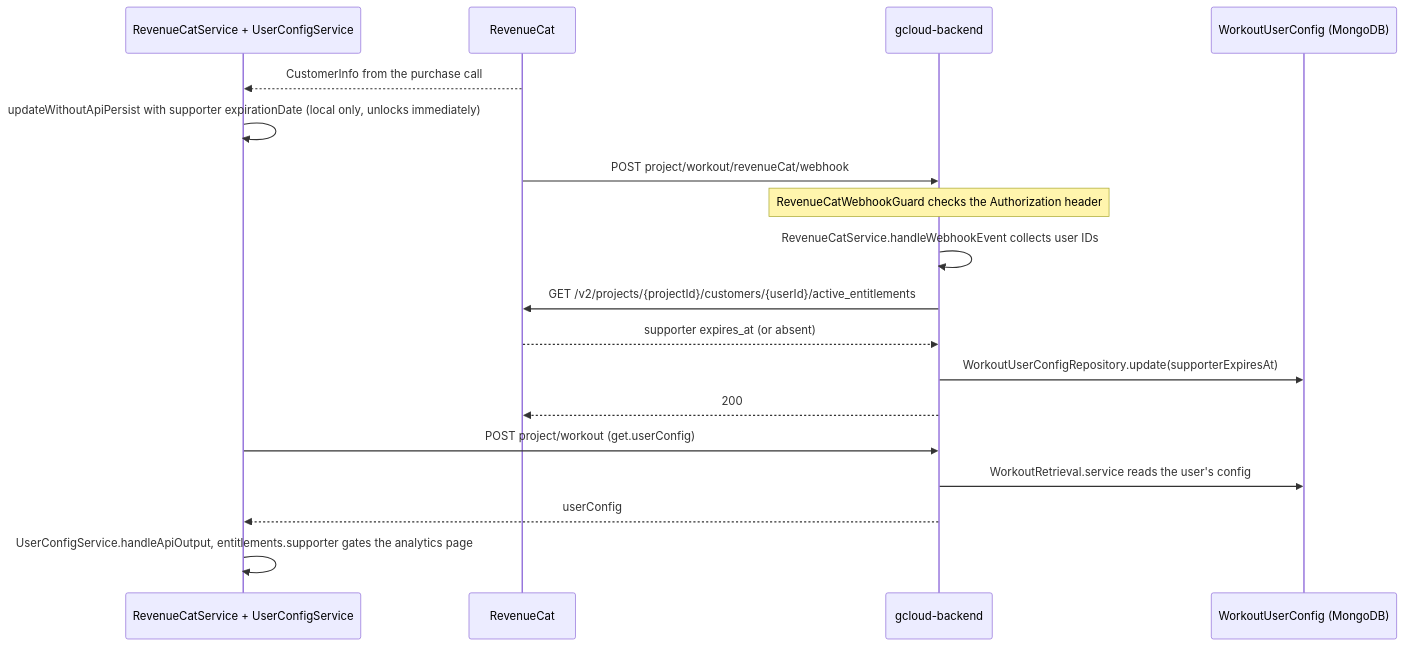
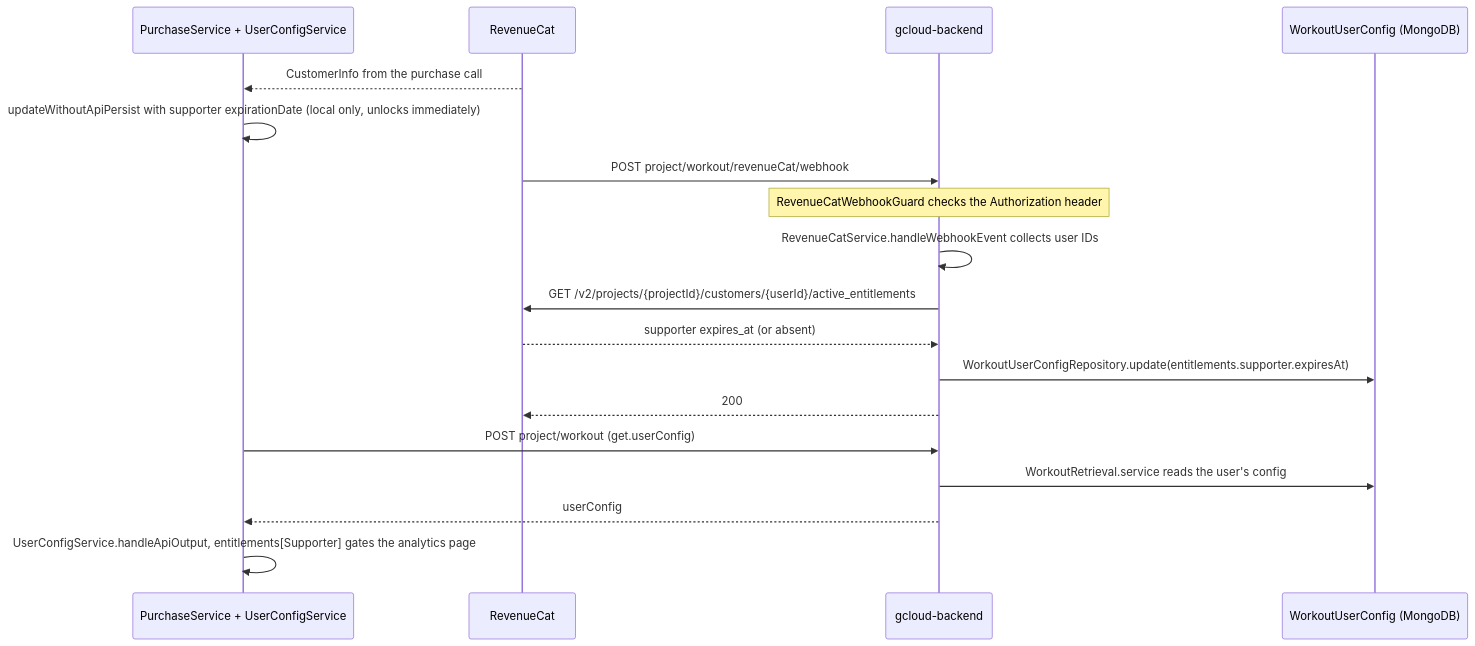
The third of 3 diagrams in docs/payments-info.md (aneuhold/workout), drawn with Mermaid before and after one commit. The commit also changed other lines of this file and 11 other files, not shown here.

Commit message:
Add PurchaseService and a few easier things

````diff
--- a/docs/payments-info.md
+++ b/docs/payments-info.md
@@ -48,23 +48,23 @@
 ```mermaid
 sequenceDiagram
-  participant App as RevenueCatService + UserConfigService
+  participant App as PurchaseService + UserConfigService
   participant RC as RevenueCat
   participant BE as gcloud-backend
   participant DB as WorkoutUserConfig (MongoDB)
 
   RC-->>App: CustomerInfo from the purchase call
   App->>App: updateWithoutApiPersist with supporter expirationDate (local only, unlocks immediately)
 
   RC->>BE: POST project/workout/revenueCat/webhook
   Note over BE: RevenueCatWebhookGuard checks the Authorization header
   BE->>BE: RevenueCatService.handleWebhookEvent collects user IDs
   BE->>RC: GET /v2/projects/{projectId}/customers/{userId}/active_entitlements
   RC-->>BE: supporter expires_at (or absent)
-  BE->>DB: WorkoutUserConfigRepository.update(supporterExpiresAt)
+  BE->>DB: WorkoutUserConfigRepository.update(entitlements.supporter.expiresAt)
   BE-->>RC: 200
 
   App->>BE: POST project/workout (get.userConfig)
   BE->>DB: WorkoutRetrieval.service reads the user's config
   BE-->>App: userConfig
-  App->>App: UserConfigService.handleApiOutput, entitlements.supporter gates the analytics page
+  App->>App: UserConfigService.handleApiOutput, entitlements[Supporter] gates the analytics page
 ```
````
